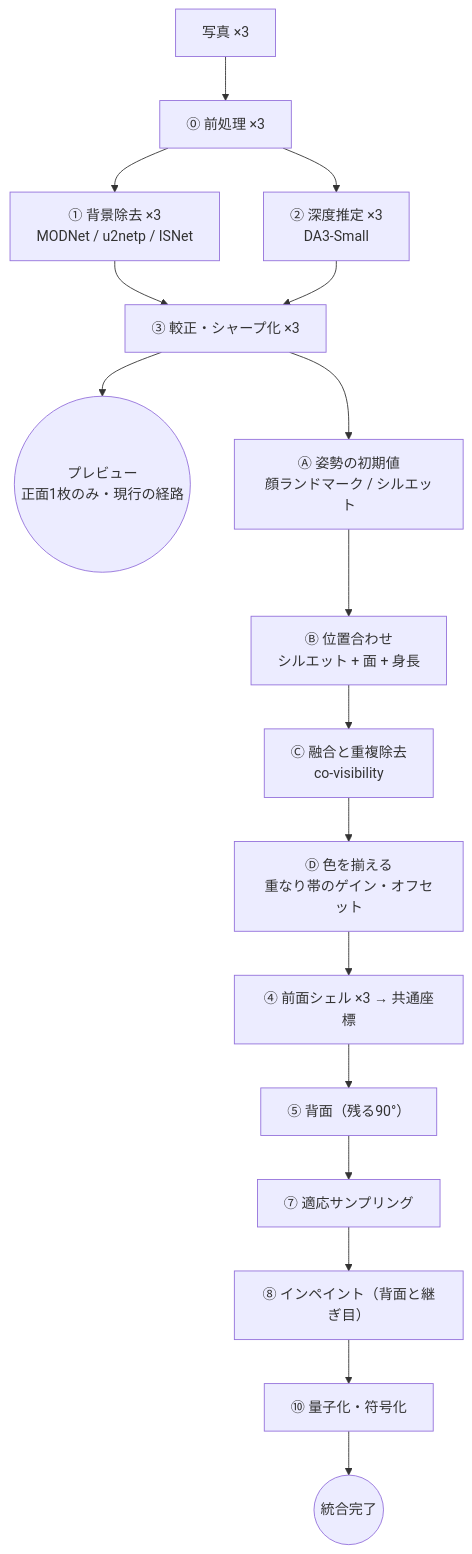
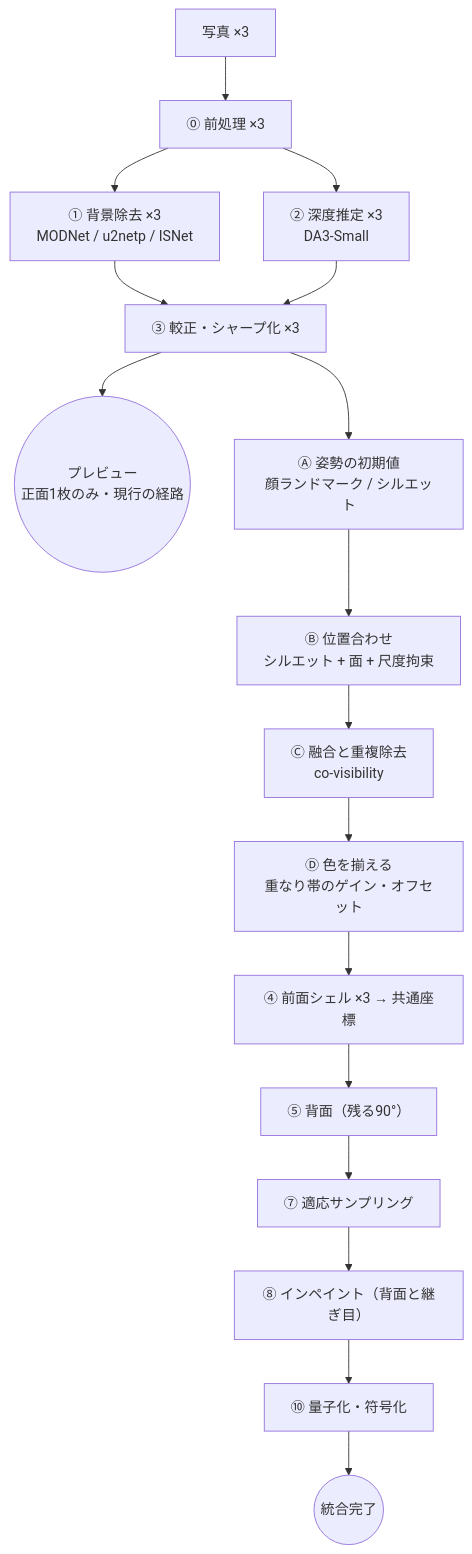
One commit to sakanayuki/cc_create3dgs changed the diagram in docs/12-multiview.md. Above: the diagram before and after it, drawn with Mermaid. The commit also changed other lines of this file and 1 other file, not shown here.

````diff
--- a/docs/12-multiview.md
+++ b/docs/12-multiview.md
@@ -130,19 +154,19 @@
 ```mermaid
 flowchart TB
     IN["写真 ×3"] --> P0["⓪ 前処理 ×3"]
     P0 --> P1["① 背景除去 ×3<br/>MODNet / u2netp / ISNet"]
     P0 --> P2["② 深度推定 ×3<br/>DA3-Small"]
     P1 --> P3["③ 較正・シャープ化 ×3"]
     P2 --> P3
     P3 --> PV(("プレビュー<br/>正面1枚のみ・現行の経路"))
     P3 --> A1["Ⓐ 姿勢の初期値<br/>顔ランドマーク / シルエット"]
-    A1 --> A2["Ⓑ 位置合わせ<br/>シルエット + 面 + 身長"]
+    A1 --> A2["Ⓑ 位置合わせ<br/>シルエット + 面 + 尺度拘束"]
     A2 --> A3["Ⓒ 融合と重複除去<br/>co-visibility"]
     A3 --> A4["Ⓓ 色を揃える<br/>重なり帯のゲイン・オフセット"]
     A4 --> P4["④ 前面シェル ×3 → 共通座標"]
     P4 --> P5["⑤ 背面（残る90°）"]
     P5 --> P7["⑦ 適応サンプリング"]
     P7 --> P8["⑧ インペイント（背面と継ぎ目）"]
     P8 --> P10["⑩ 量子化・符号化"]
     P10 --> OUT(("統合完了"))
 ```
````
